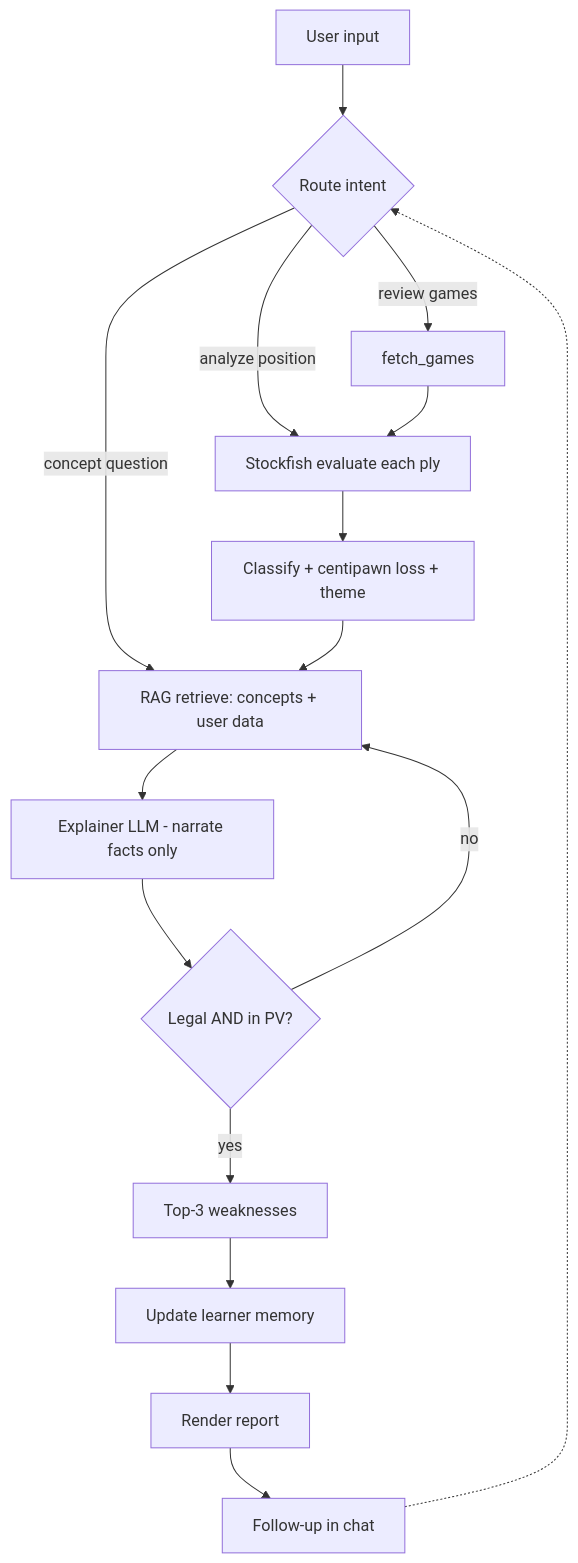
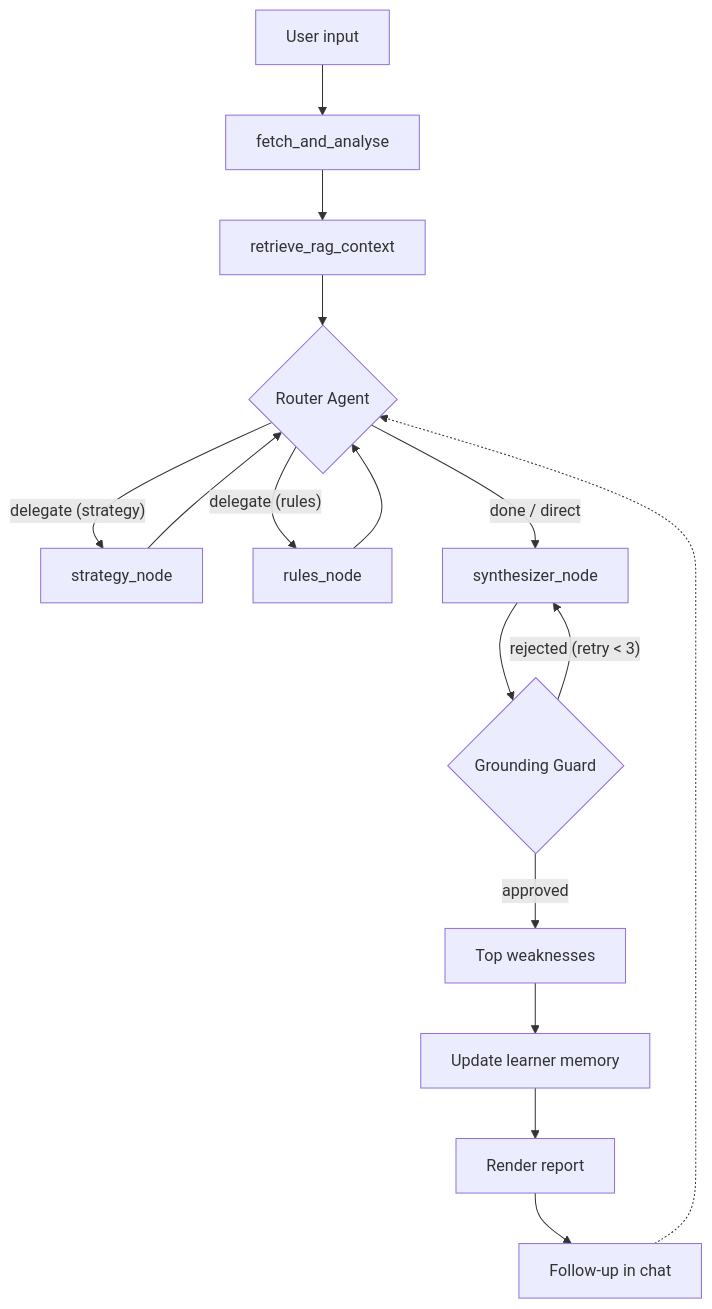
Before and after one commit to rakeshnetdev/AIEC01_CERT_CHLG_GRANDMATE: the second of 4 diagrams in docs/ARCHITECTURE.md, drawn with Mermaid. The commit also changed other lines of this file and 41 other files, not shown here.

````diff
--- a/docs/ARCHITECTURE.md
+++ b/docs/ARCHITECTURE.md
@@ -73,18 +73,22 @@
 ```mermaid
 flowchart TD
-    U[User input] --> ROUTE{Route intent}
-    ROUTE -- review games --> FETCH[fetch_games]
-    ROUTE -- analyze position --> EVAL
-    ROUTE -- concept question --> RET
-    FETCH --> EVAL[Stockfish evaluate each ply]
-    EVAL --> CLS[Classify + centipawn loss + theme]
-    CLS --> RET[RAG retrieve: concepts + user data]
-    RET --> EXP[Explainer LLM - narrate facts only]
-    EXP --> GUARD{Legal AND in PV?}
-    GUARD -- no --> RET
-    GUARD -- yes --> WEAK[Top-3 weaknesses]
+    U[User input] --> FETCH[fetch_and_analyse]
+    FETCH --> RAG_C[retrieve_rag_context]
+    RAG_C --> ROUTE{Router Agent}
+    
+    ROUTE -- "delegate (strategy)" --> STRAT[strategy_node]
+    ROUTE -- "delegate (rules)" --> RULES[rules_node]
+    ROUTE -- "done / direct" --> SYNTH[synthesizer_node]
+    
+    STRAT --> ROUTE
+    RULES --> ROUTE
+    
+    SYNTH --> GUARD{Grounding Guard}
+    GUARD -- approved --> WEAK[Top weaknesses]
+    GUARD -- rejected (retry < 3) --> SYNTH
+    
     WEAK --> WRITE[Update learner memory]
     WRITE --> REPORT[Render report]
     REPORT --> FOLLOW[Follow-up in chat]
     FOLLOW -.-> ROUTE
 ```
````
